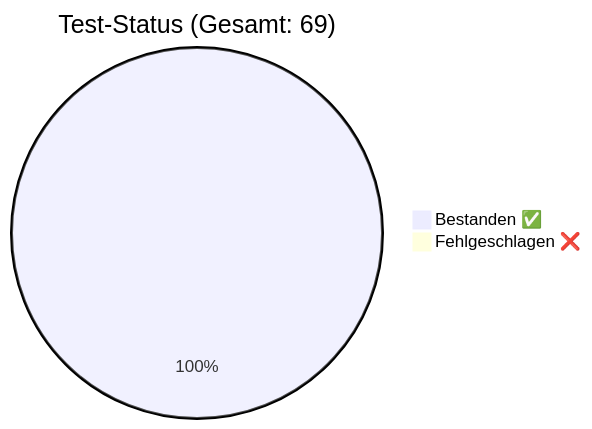
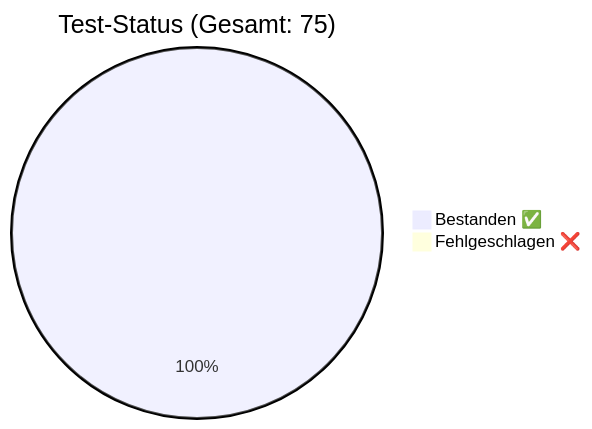
Before and after one commit to rorila/GCS: the diagram in docs/QA_Report.md, drawn with Mermaid. The commit also changed other lines of this file and 38 other files, not shown here.

````diff
--- a/docs/QA_Report.md
+++ b/docs/QA_Report.md
@@ -7,5 +7,5 @@
 ```mermaid
-pie title Test-Status (Gesamt: 69)
-    "Bestanden ✅" : 69
+pie title Test-Status (Gesamt: 75)
+    "Bestanden ✅" : 75
     "Fehlgeschlagen ❌" : 0
 ```
````
